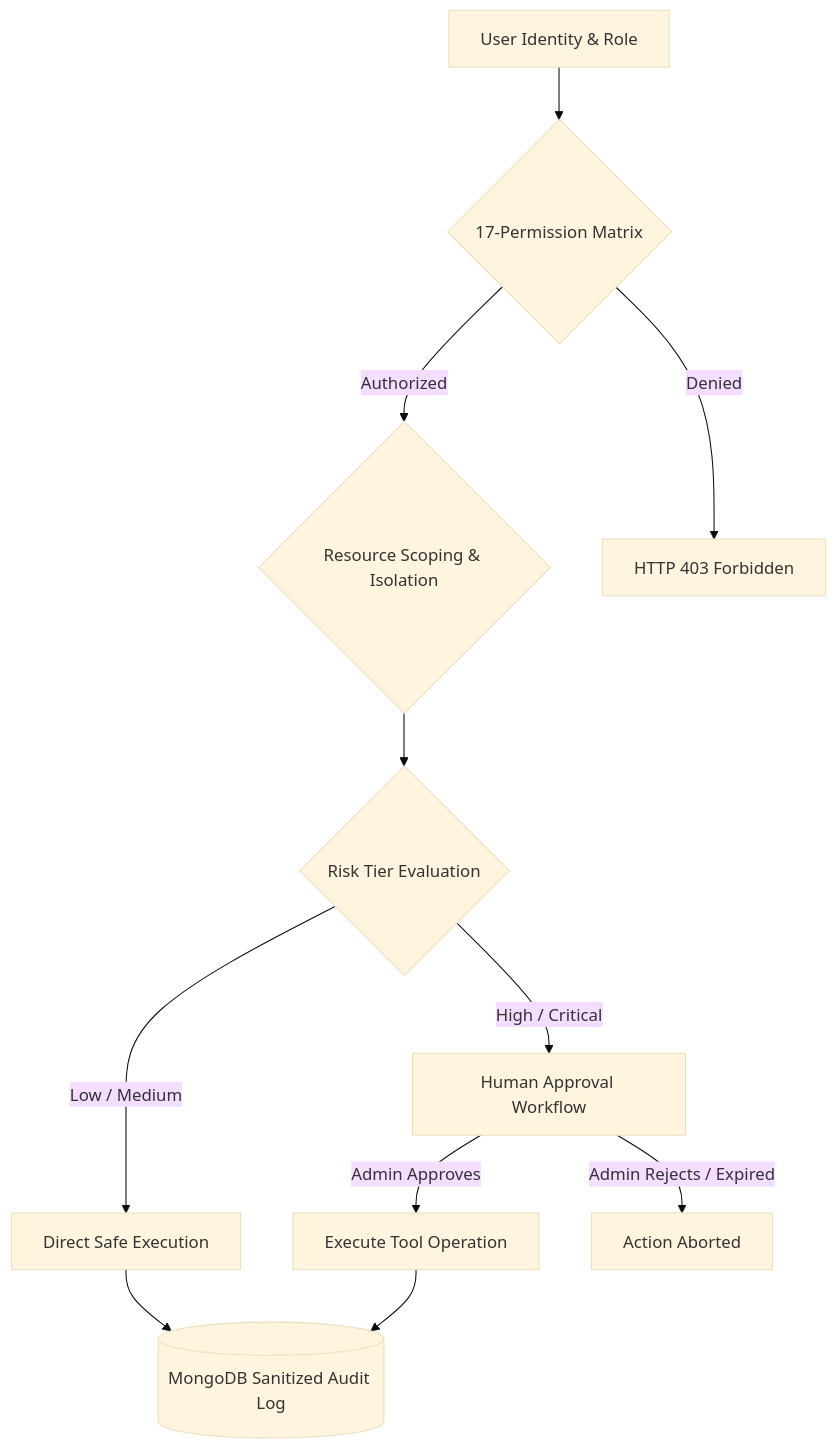
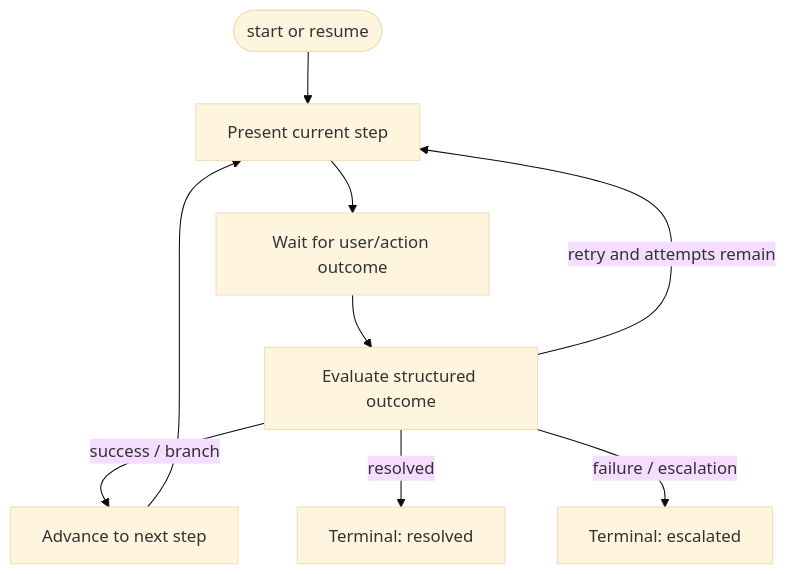
The ninth of 9 diagrams in README.md (PS-Dev-Dadhania/IT-Operations), drawn with Mermaid (base theme) before and after one commit. The commit also changed other lines of this file and 2963 other files, not shown here.

````diff
--- a/README.md
+++ b/README.md
@@ -343,12 +444,11 @@
 ```mermaid
 flowchart TD
-    Identity[User Identity & Role] --> Matrix{17-Permission Matrix}
-    Matrix -->|Authorized| Scope{Resource Scoping & Isolation}
-    Matrix -->|Denied| Deny[HTTP 403 Forbidden]
-    Scope --> Risk{Risk Tier Evaluation}
-    Risk -->|Low / Medium| AutoExec[Direct Safe Execution]
-    Risk -->|High / Critical| HITL[Human Approval Workflow]
-    HITL -->|Admin Approves| Exec[Execute Tool Operation]
-    HITL -->|Admin Rejects / Expired| Reject[Action Aborted]
-    AutoExec & Exec --> Audit[(MongoDB Sanitized Audit Log)]
+    START([start or resume]) --> STEP[Present current step]
+    STEP --> WAIT[Wait for user/action outcome]
+    WAIT --> EVAL[Evaluate structured outcome]
+    EVAL -->|success / branch| NEXT[Advance to next step]
+    EVAL -->|retry and attempts remain| STEP
+    EVAL -->|resolved| RES[Terminal: resolved]
+    EVAL -->|failure / escalation| ESC[Terminal: escalated]
+    NEXT --> STEP
 ```
````
